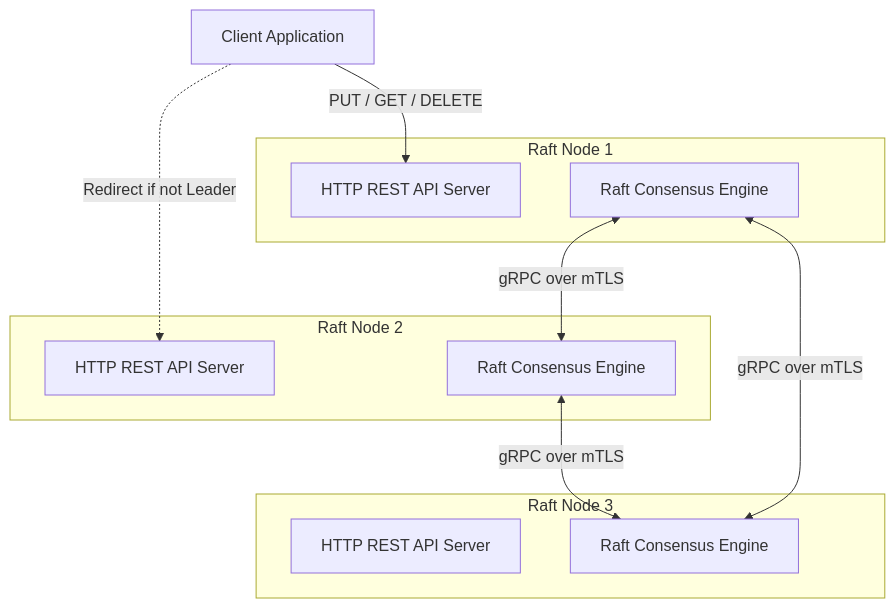
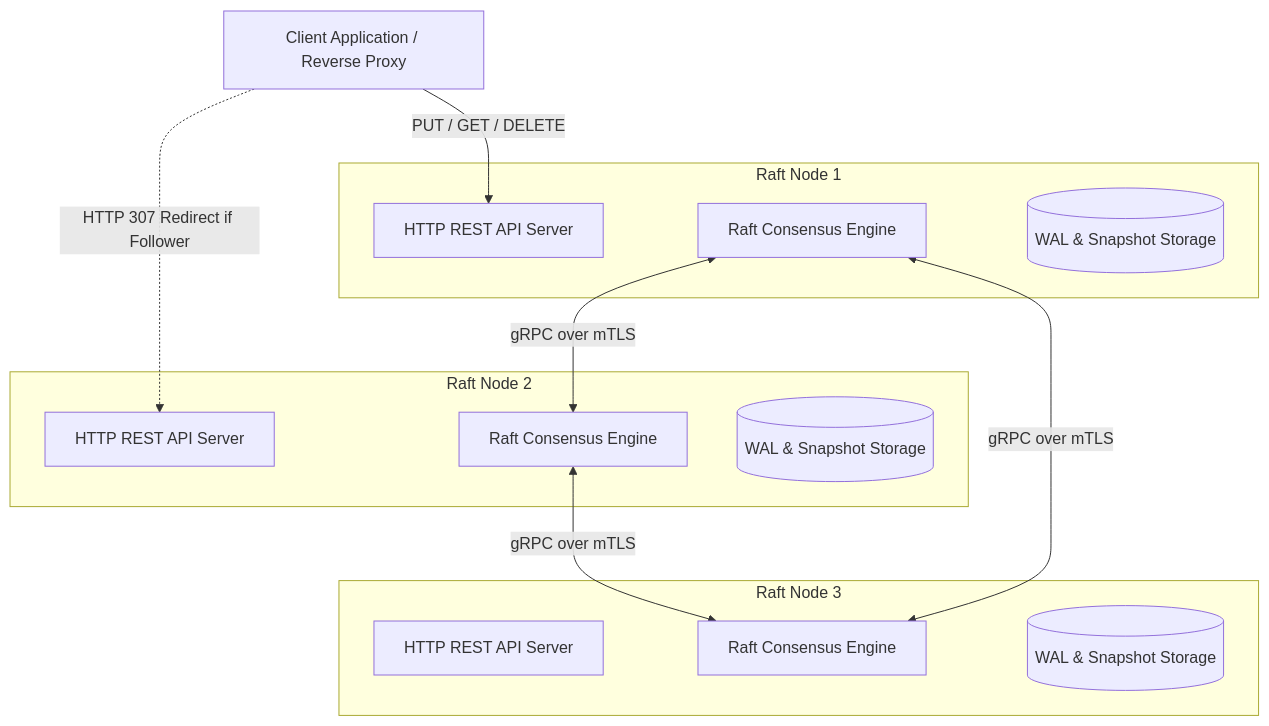
One commit to Aanya019-coder/Distributed_KV_Store_with_Raft_Consensus changed the diagram in README.md. Above: the diagram before and after it, drawn with Mermaid. The commit also changed other lines of this file and 2 other files, not shown here.

````diff
--- a/README.md
+++ b/README.md
@@ -9,24 +9,27 @@
 ```mermaid
 flowchart TD
     subgraph Node 1 [Raft Node 1]
         API1[HTTP REST API Server]
         Raft1[Raft Consensus Engine]
+        WAL1[(WAL & Snapshot Storage)]
     end
 
     subgraph Node 2 [Raft Node 2]
         API2[HTTP REST API Server]
         Raft2[Raft Consensus Engine]
+        WAL2[(WAL & Snapshot Storage)]
     end
 
     subgraph Node 3 [Raft Node 3]
         API3[HTTP REST API Server]
         Raft3[Raft Consensus Engine]
+        WAL3[(WAL & Snapshot Storage)]
     end
 
-    Client[Client Application] -->|PUT / GET / DELETE| API1
-    Client -.->|Redirect if not Leader| API2
+    Client[Client Application / Reverse Proxy] -->|PUT / GET / DELETE| API1
+    Client -.->|HTTP 307 Redirect if Follower| API2
 
     Raft1 <-->|gRPC over mTLS| Raft2
     Raft1 <-->|gRPC over mTLS| Raft3
     Raft2 <-->|gRPC over mTLS| Raft3
 ```
````
